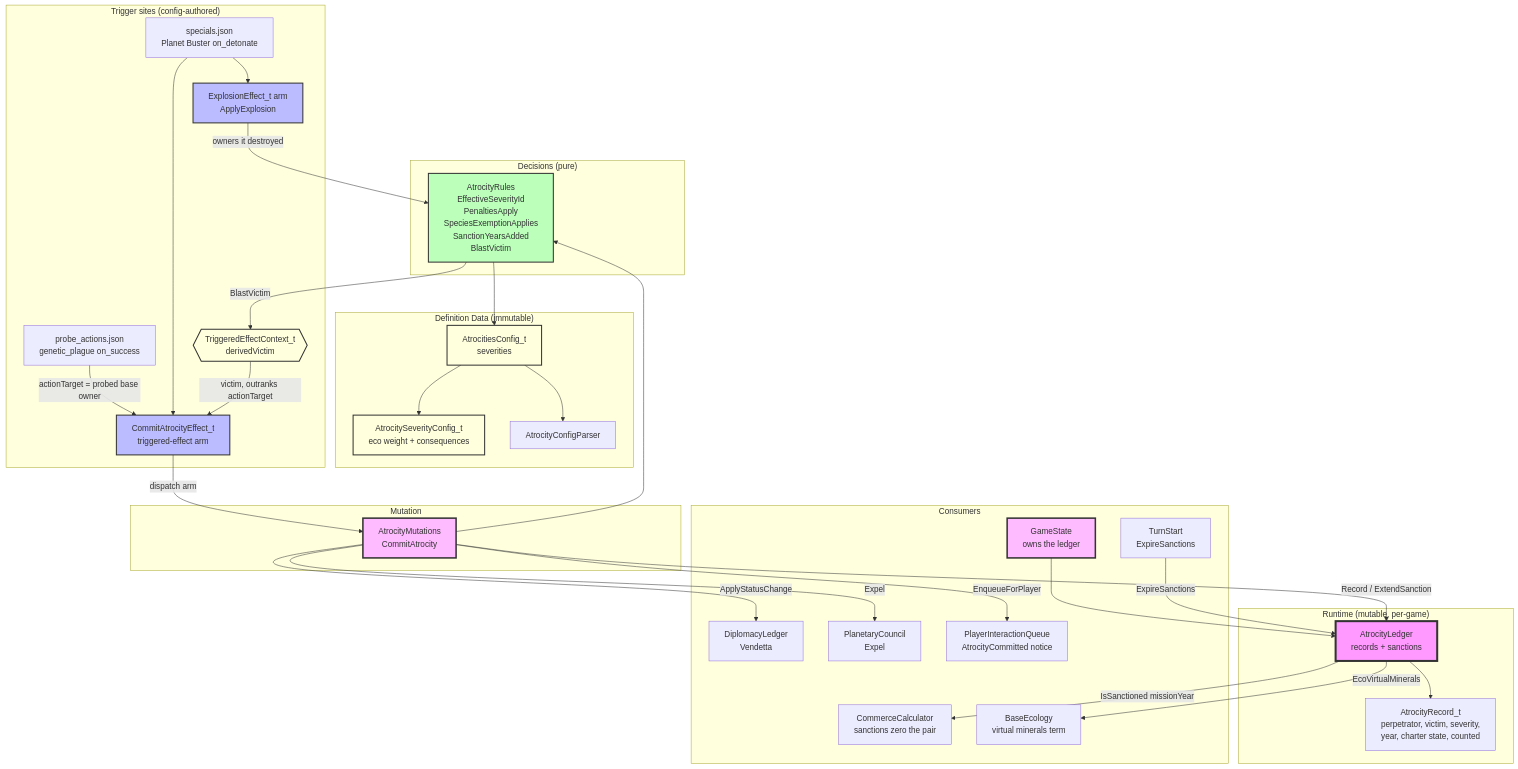
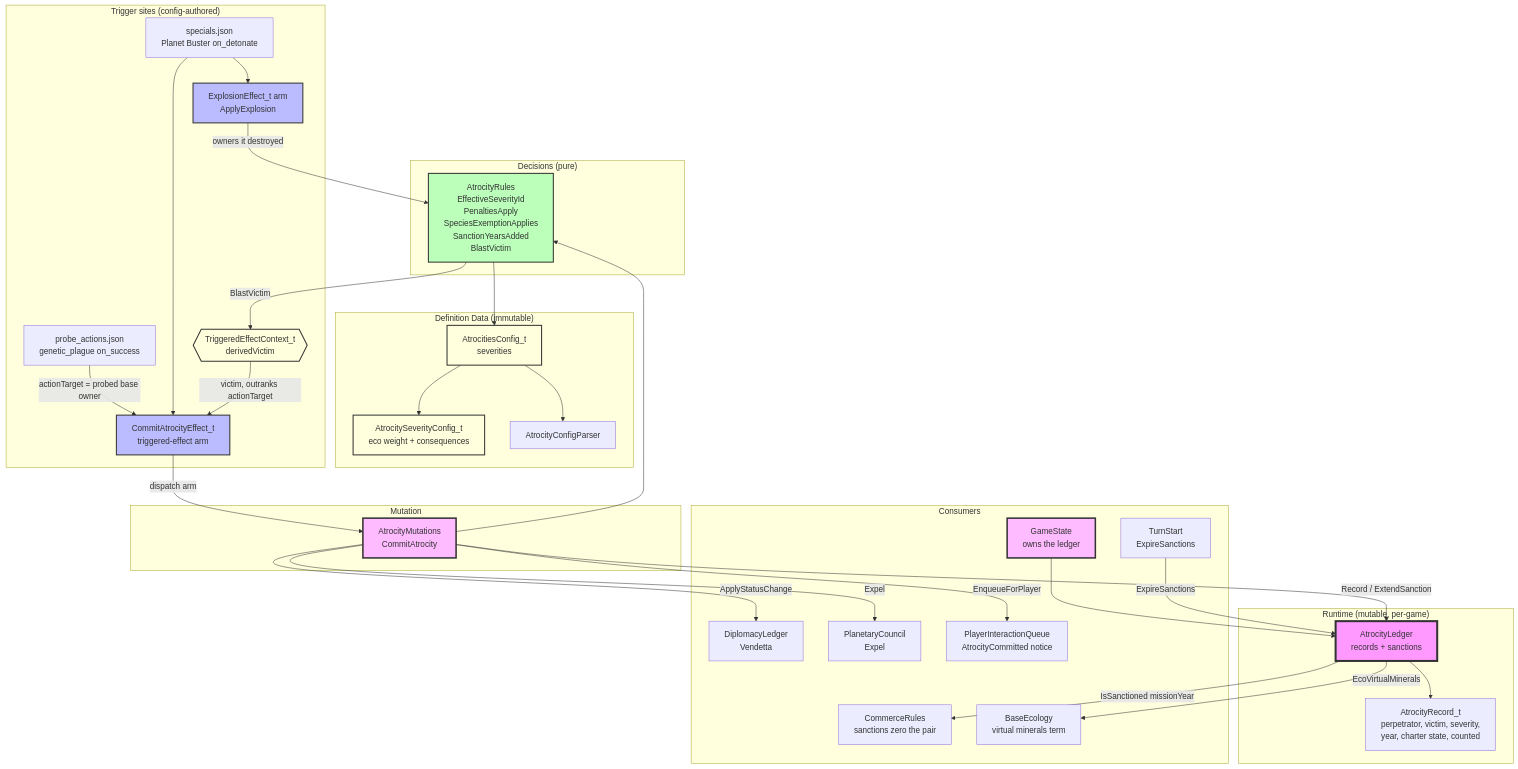
The diagram in docs/architecture/atrocity-system.md (kilianloftis/alpha-centauri), drawn with Mermaid before and after one commit. The commit also changed other lines of this file and 18 other files, not shown here.

First line of the commit message:
CommerceCalculator evaluates the pair formula only

````diff
--- a/docs/architecture/atrocity-system.md
+++ b/docs/architecture/atrocity-system.md
@@ -3,74 +3,74 @@
 ```mermaid
 graph TB
     subgraph "Runtime (mutable, per-game)"
         AtrocityLedger[AtrocityLedger<br/>records + sanctions]
         AtrocityRecord[AtrocityRecord_t<br/>perpetrator, victim, severity,<br/>year, charter state, counted]
     end
 
     subgraph "Decisions (pure)"
         AtrocityRules[AtrocityRules<br/>EffectiveSeverityId<br/>PenaltiesApply<br/>SpeciesExemptionApplies<br/>SanctionYearsAdded<br/>BlastVictim]
     end
 
     subgraph "Mutation"
         AtrocityMutations[AtrocityMutations<br/>CommitAtrocity]
     end
 
     subgraph "Definition Data (immutable)"
         AtrocitiesConfig[AtrocitiesConfig_t<br/>severities]
         SeverityConfig[AtrocitySeverityConfig_t<br/>eco weight + consequences]
         AtrocityParser[AtrocityConfigParser]
     end
 
     subgraph "Trigger sites (config-authored)"
         CommitArm[CommitAtrocityEffect_t<br/>triggered-effect arm]
         ProbeActions[probe_actions.json<br/>genetic_plague on_success]
         Warheads[specials.json<br/>Planet Buster on_detonate]
         ExplosionArm[ExplosionEffect_t arm<br/>ApplyExplosion]
         DerivedVictim{{"TriggeredEffectContext_t<br/>derivedVictim"}}
     end
 
     subgraph "Consumers"
         GameState[GameState<br/>owns the ledger]
         DiplomacyLedger[DiplomacyLedger<br/>Vendetta]
         PlanetaryCouncil[PlanetaryCouncil<br/>Expel]
-        CommerceCalculator[CommerceCalculator<br/>sanctions zero the pair]
+        CommerceRules[CommerceRules<br/>sanctions zero the pair]
         EcoDamage[BaseEcology<br/>virtual minerals term]
         TurnStart[TurnStart<br/>ExpireSanctions]
         Notices[PlayerInteractionQueue<br/>AtrocityCommitted notice]
     end
 
     GameState --> AtrocityLedger
     AtrocityLedger --> AtrocityRecord
 
     ProbeActions -->|actionTarget = probed base owner| CommitArm
     Warheads --> ExplosionArm
     Warheads --> CommitArm
     ExplosionArm -->|owners it destroyed| AtrocityRules
     AtrocityRules -->|BlastVictim| DerivedVictim
     DerivedVictim -->|victim, outranks actionTarget| CommitArm
     CommitArm -->|dispatch arm| AtrocityMutations
 
     AtrocityMutations --> AtrocityRules
     AtrocityMutations -->|Record / ExtendSanction| AtrocityLedger
     AtrocityMutations -->|ApplyStatusChange| DiplomacyLedger
     AtrocityMutations -->|Expel| PlanetaryCouncil
     AtrocityMutations -->|EnqueueForPlayer| Notices
 
     AtrocityRules --> AtrocitiesConfig
     AtrocitiesConfig --> SeverityConfig
     AtrocitiesConfig --> AtrocityParser
 
-    AtrocityLedger -->|IsSanctioned missionYear| CommerceCalculator
+    AtrocityLedger -->|IsSanctioned missionYear| CommerceRules
     AtrocityLedger -->|EcoVirtualMinerals| EcoDamage
     TurnStart -->|ExpireSanctions| AtrocityLedger
 
     style AtrocityLedger fill:#f9f,stroke:#333,stroke-width:4px
     style AtrocityMutations fill:#fbf,stroke:#333,stroke-width:3px
     style AtrocityRules fill:#bfb,stroke:#333,stroke-width:2px
     style AtrocitiesConfig fill:#ffd,stroke:#333,stroke-width:2px
     style SeverityConfig fill:#ffd,stroke:#333,stroke-width:2px
     style CommitArm fill:#bbf,stroke:#333,stroke-width:2px
     style ExplosionArm fill:#bbf,stroke:#333,stroke-width:2px
     style DerivedVictim fill:#ffd,stroke:#333,stroke-width:2px
     style GameState fill:#fbf,stroke:#333,stroke-width:3px
 ```
````
